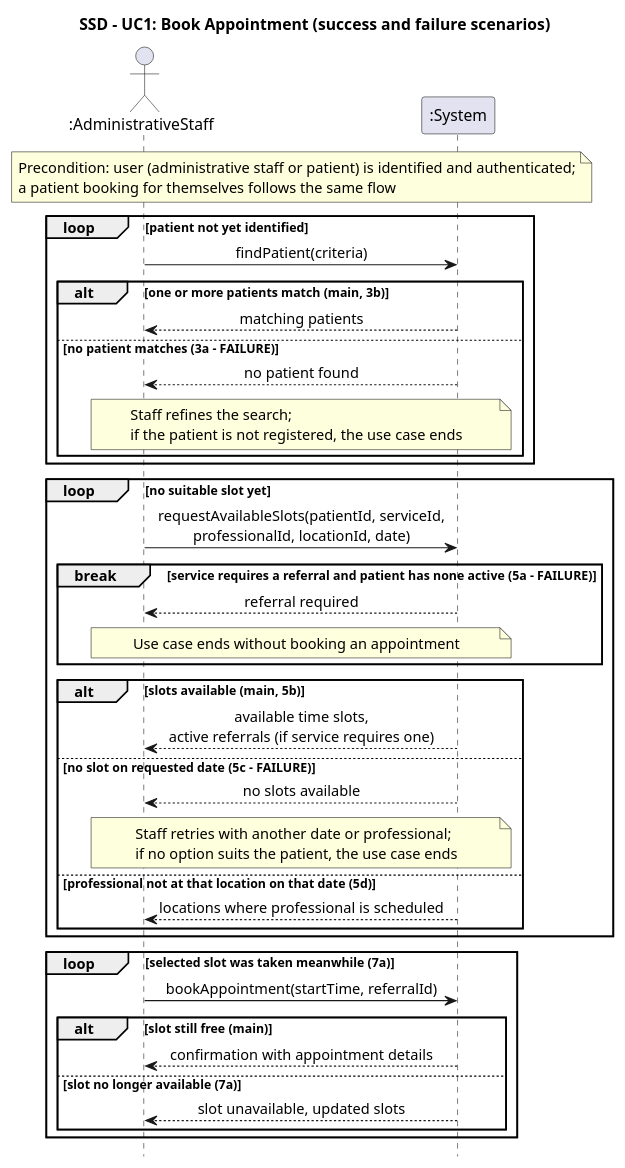
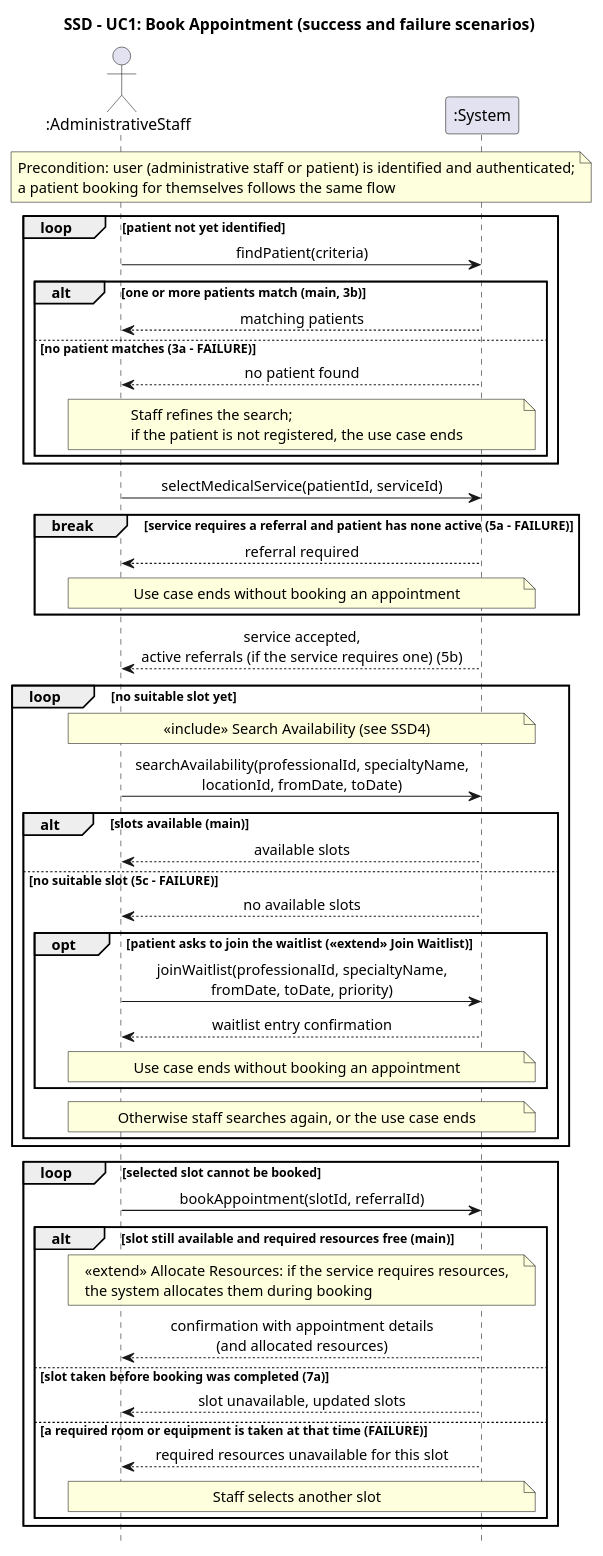
Before and after one commit to rakib-akter/SOEN-342-Project: the diagram in docs/ssd/ssd1-book-appointment.puml, drawn with PlantUML. The commit also changed 1 other file, not shown here.

Commit message:
Updated SSD for book appointment for Iteration 2

```diff
--- a/docs/ssd/ssd1-book-appointment.puml
+++ b/docs/ssd/ssd1-book-appointment.puml
@@ -1,46 +1,57 @@
-@startuml SSD1_BookAppointment
+@startuml ssd1-book-appointment
 title SSD - UC1: Book Appointment (success and failure scenarios)
 hide footbox
 skinparam sequenceMessageAlign center
 
 actor ":AdministrativeStaff" as staff
 participant ":System" as sys
 
 note over staff, sys : Precondition: user (administrative staff or patient) is identified and authenticated;\na patient booking for themselves follows the same flow
 
 loop patient not yet identified
     staff -> sys : findPatient(criteria)
     alt one or more patients match (main, 3b)
         sys --> staff : matching patients
     else no patient matches (3a - FAILURE)
         sys --> staff : no patient found
         note over staff, sys : Staff refines the search;\nif the patient is not registered, the use case ends
     end
 end
 
+staff -> sys : selectMedicalService(patientId, serviceId)
+break service requires a referral and patient has none active (5a - FAILURE)
+    sys --> staff : referral required
+    note over staff, sys : Use case ends without booking an appointment
+end
+sys --> staff : service accepted,\nactive referrals (if the service requires one) (5b)
+
 loop no suitable slot yet
-    staff -> sys : requestAvailableSlots(patientId, serviceId,\nprofessionalId, locationId, date)
-    break service requires a referral and patient has none active (5a - FAILURE)
-        sys --> staff : referral required
-        note over staff, sys : Use case ends without booking an appointment
-    end
-    alt slots available (main, 5b)
-        sys --> staff : available time slots,\nactive referrals (if service requires one)
-    else no slot on requested date (5c - FAILURE)
-        sys --> staff : no slots available
-        note over staff, sys : Staff retries with another date or professional;\nif no option suits the patient, the use case ends
-    else professional not at that location on that date (5d)
-        sys --> staff : locations where professional is scheduled
+    note over staff, sys : <<include>> Search Availability (see SSD4)
+    staff -> sys : searchAvailability(professionalId, specialtyName,\nlocationId, fromDate, toDate)
+    alt slots available (main)
+        sys --> staff : available slots
+    else no suitable slot (5c - FAILURE)
+        sys --> staff : no available slots
+        opt patient asks to join the waitlist (<<extend>> Join Waitlist)
+            staff -> sys : joinWaitlist(professionalId, specialtyName,\nfromDate, toDate, priority)
+            sys --> staff : waitlist entry confirmation
+            note over staff, sys : Use case ends without booking an appointment
+        end
+        note over staff, sys : Otherwise staff searches again, or the use case ends
     end
 end
 
-loop selected slot was taken meanwhile (7a)
-    staff -> sys : bookAppointment(startTime, referralId)
-    alt slot still free (main)
-        sys --> staff : confirmation with appointment details
-    else slot no longer available (7a)
+loop selected slot cannot be booked
+    staff -> sys : bookAppointment(slotId, referralId)
+    alt slot still available and required resources free (main)
+        note over staff, sys : <<extend>> Allocate Resources: if the service requires resources,\nthe system allocates them during booking
+        sys --> staff : confirmation with appointment details\n(and allocated resources)
+    else slot taken before booking was completed (7a)
         sys --> staff : slot unavailable, updated slots
+    else a required room or equipment is taken at that time (FAILURE)
+        sys --> staff : required resources unavailable for this slot
+        note over staff, sys : Staff selects another slot
     end
 end
 
 @enduml
```
